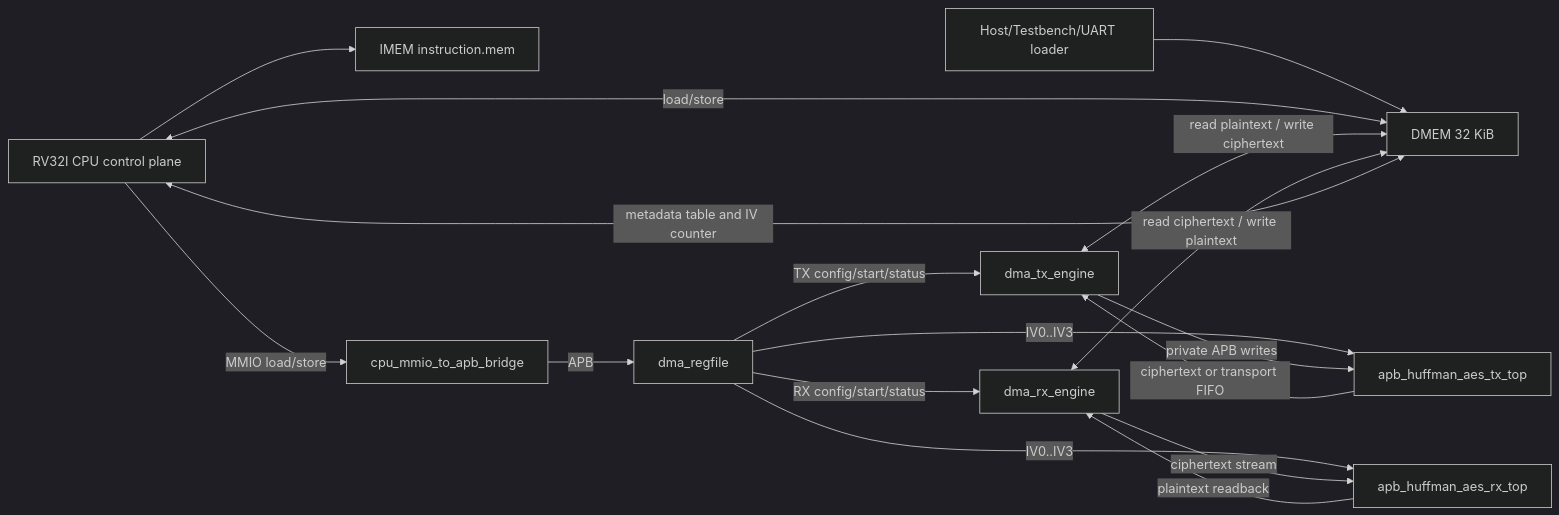
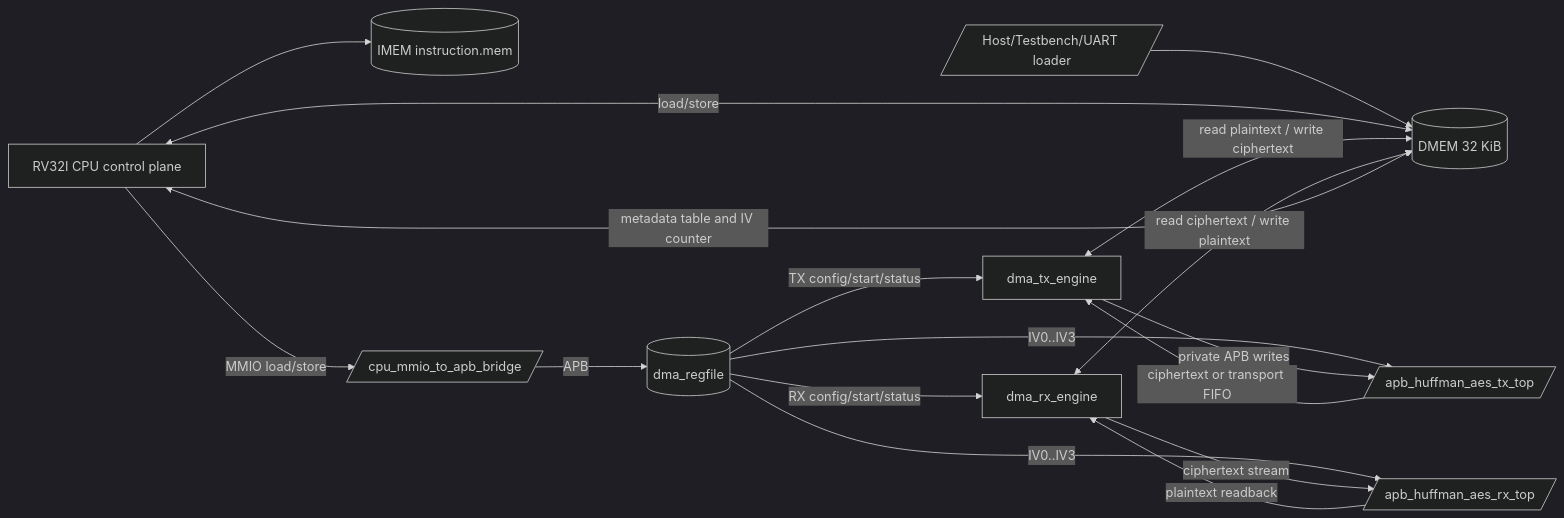
Before and after one commit to ngoquocan139/AES_huffman_all6: the first of 5 diagrams in docs/00_current_system_spec.md, drawn with Mermaid (dark theme). The commit also changed other lines of this file and 28 other files, not shown here.

````diff
--- a/docs/00_current_system_spec.md
+++ b/docs/00_current_system_spec.md
@@ -83,23 +83,23 @@
 ```mermaid
 flowchart LR
-  HOST["Host/Testbench/UART loader"] --> DMEM["DMEM 32 KiB"]
-  CPU["RV32I CPU control plane"] --> IMEM["IMEM instruction.mem"]
+  HOST[/"Host/Testbench/UART loader"/] --> DMEM[("DMEM 32 KiB")]
+  CPU["RV32I CPU control plane"] --> IMEM[("IMEM instruction.mem")]
   CPU <-->|"load/store"| DMEM
-  CPU -->|"MMIO load/store"| BR["cpu_mmio_to_apb_bridge"]
-  BR -->|"APB"| REG["dma_regfile"]
+  CPU -->|"MMIO load/store"| BR[/"cpu_mmio_to_apb_bridge"/]
+  BR -->|"APB"| REG[("dma_regfile")]
 
   REG -->|"TX config/start/status"| TXDMA["dma_tx_engine"]
   REG -->|"RX config/start/status"| RXDMA["dma_rx_engine"]
-  REG -->|"IV0..IV3"| TX["apb_huffman_aes_tx_top"]
-  REG -->|"IV0..IV3"| RX["apb_huffman_aes_rx_top"]
+  REG -->|"IV0..IV3"| TX[/"apb_huffman_aes_tx_top"/]
+  REG -->|"IV0..IV3"| RX[/"apb_huffman_aes_rx_top"/]
 
   TXDMA <-->|"read plaintext / write ciphertext"| DMEM
   TXDMA -->|"private APB writes"| TX
   TX -->|"ciphertext or transport FIFO"| TXDMA
 
   RXDMA <-->|"read ciphertext / write plaintext"| DMEM
   RXDMA -->|"ciphertext stream"| RX
   RX -->|"plaintext readback"| RXDMA
 
   CPU <-->|"metadata table and IV counter"| DMEM
 ```
````
